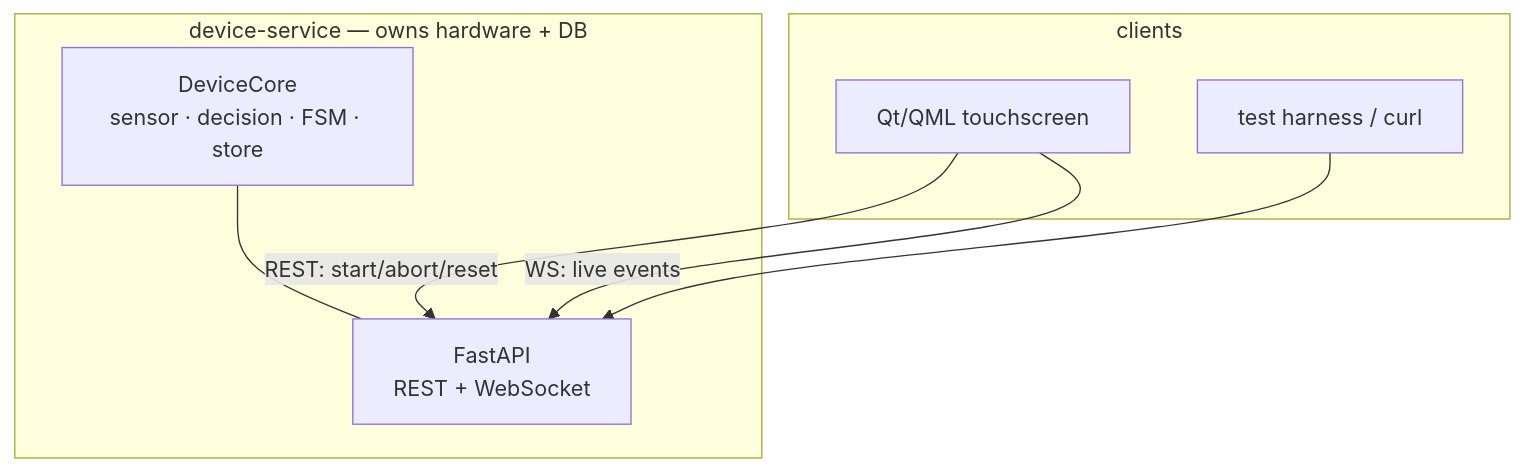
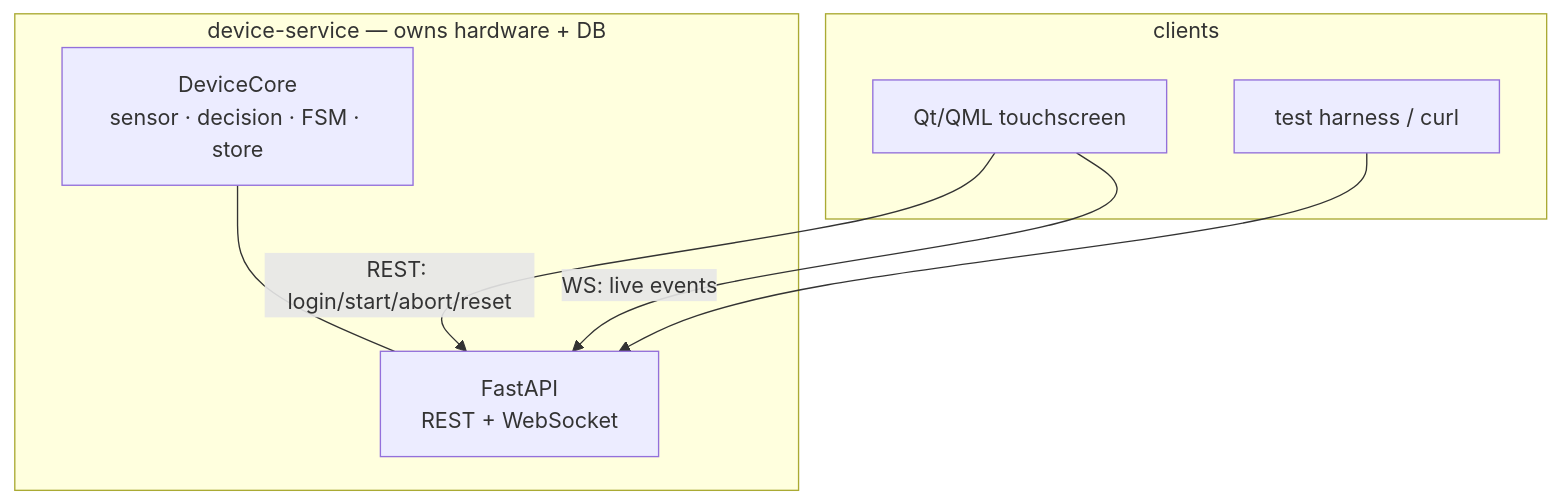
Diagram 11 of 16 in README.md (chetanjogi/edge-device), drawn with Mermaid before and after one commit. The commit also changed other lines of this file and 1 other file, not shown here.

Commit message:
Export OpenAPI spec to docs/

````diff
--- a/README.md
+++ b/README.md
@@ -650,17 +659,17 @@
 ```mermaid
 flowchart TD
     subgraph SVC[device-service — owns hardware + DB]
       CORE[DeviceCore<br/>sensor · decision · FSM · store]
       API[FastAPI<br/>REST + WebSocket]
       CORE --- API
     end
 
     subgraph CLIENTS[clients]
       UI[Qt/QML touchscreen]
       TEST[test harness / curl]
     end
 
-    UI -->|REST: start/abort/reset| API
+    UI -->|REST: login/start/abort/reset| API
     UI -->|WS: live events| API
     TEST --> API
 ```
````
